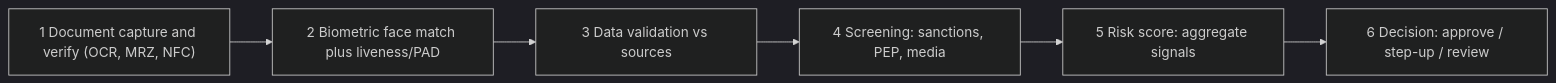
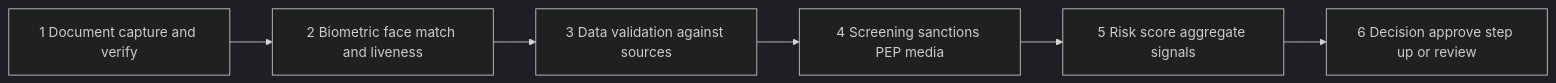
Before and after one commit to mikenguyen13/ai_in_action: the diagram in 602-ekyc-systems-regulation-fairness.qmd, drawn with Mermaid (dark theme). The commit also changed 52 other files, not shown here.

Commit message:
Fix Mermaid rendering in 22 chapters: remove ampersands and br tags from node labels, move detail to tables

````diff
--- a/602-ekyc-systems-regulation-fairness.qmd
+++ b/602-ekyc-systems-regulation-fairness.qmd
@@ -13,8 +13,8 @@
 ```{mermaid}
 flowchart LR
-    S1["1 Document capture and verify (OCR, MRZ, NFC)"] --> S2["2 Biometric face match plus liveness/PAD"]
-    S2 --> S3["3 Data validation vs sources"]
-    S3 --> S4["4 Screening: sanctions, PEP, media"]
-    S4 --> S5["5 Risk score: aggregate signals"]
-    S5 --> S6["6 Decision: approve / step-up / review"]
+    S1["1 Document capture and verify"] --> S2["2 Biometric face match and liveness"]
+    S2 --> S3["3 Data validation against sources"]
+    S3 --> S4["4 Screening sanctions PEP media"]
+    S4 --> S5["5 Risk score aggregate signals"]
+    S5 --> S6["6 Decision approve step up or review"]
 ```
````
